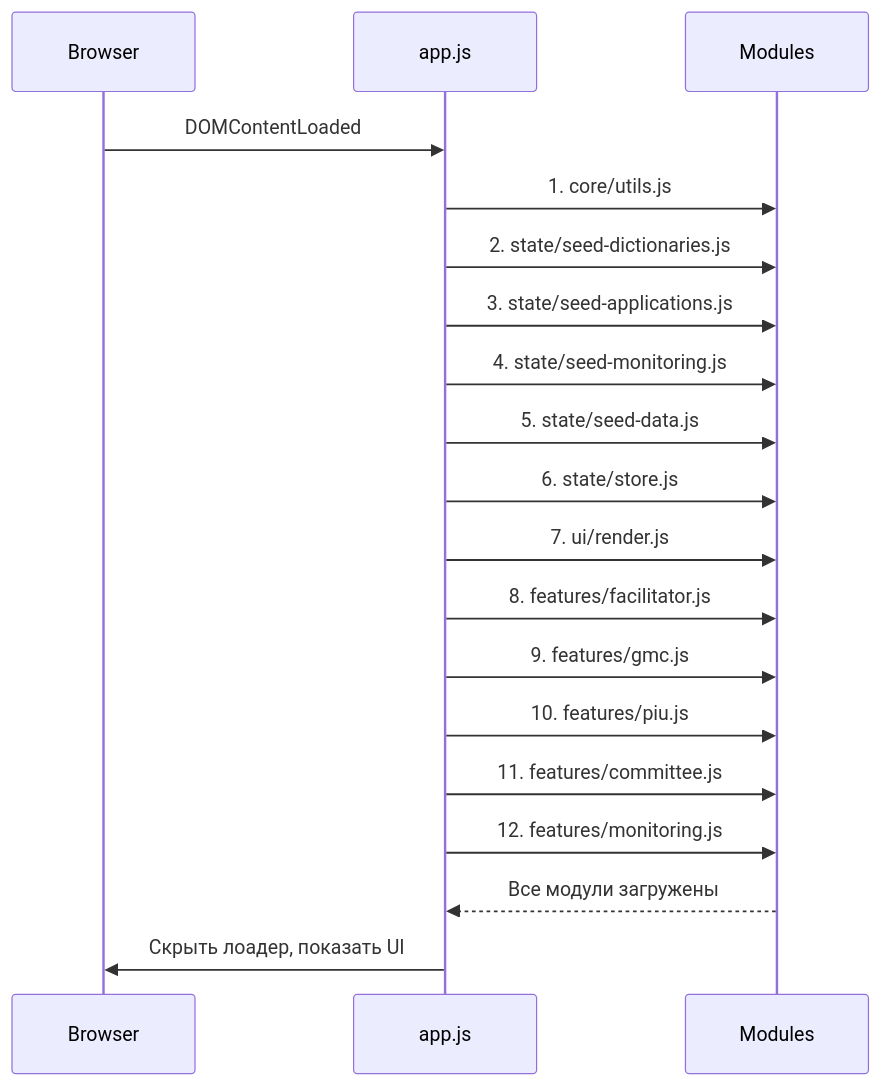
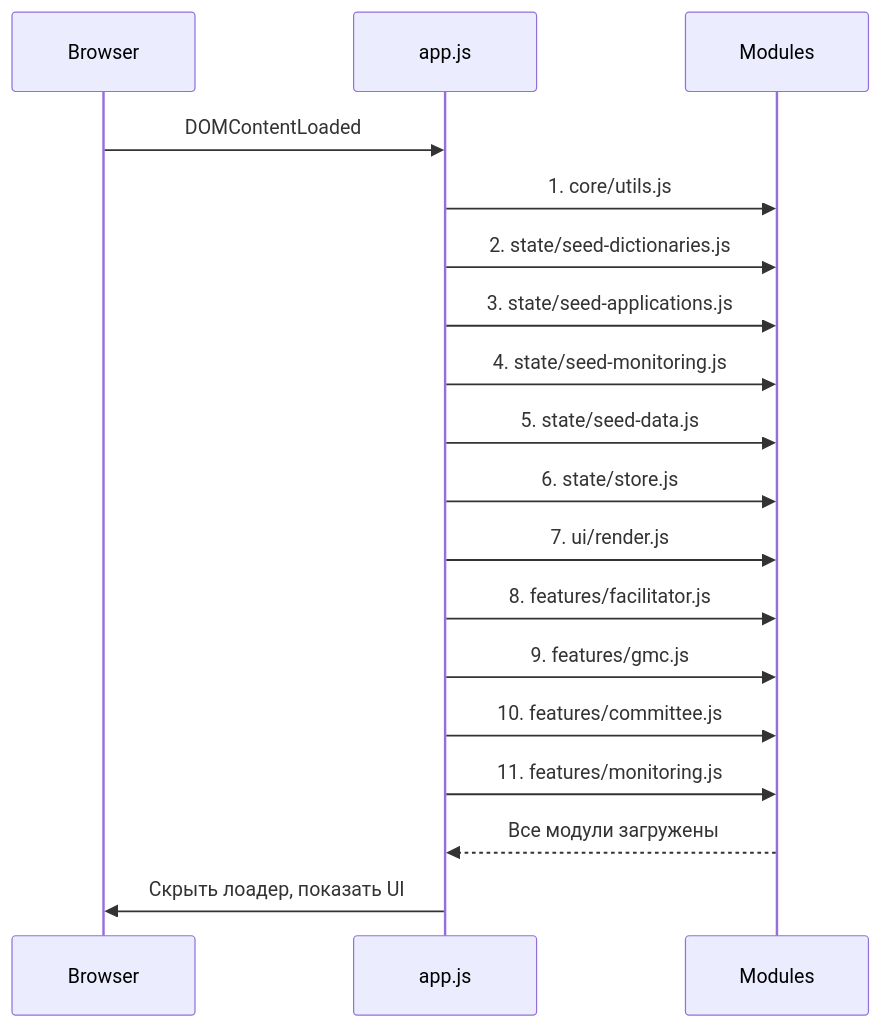
Before and after one commit to firka-kh/eip-test: the second of 9 diagrams in docs/ARCHITECTURE.md, drawn with Mermaid. The commit also changed other lines of this file and 51 other files, not shown here.

````diff
--- a/docs/ARCHITECTURE.md
+++ b/docs/ARCHITECTURE.md
@@ -106,22 +100,21 @@
 ```mermaid
 sequenceDiagram
     participant Browser
     participant app.js
     participant Modules
 
     Browser->>app.js: DOMContentLoaded
     app.js->>Modules: 1. core/utils.js
     app.js->>Modules: 2. state/seed-dictionaries.js
     app.js->>Modules: 3. state/seed-applications.js
     app.js->>Modules: 4. state/seed-monitoring.js
     app.js->>Modules: 5. state/seed-data.js
     app.js->>Modules: 6. state/store.js
     app.js->>Modules: 7. ui/render.js
     app.js->>Modules: 8. features/facilitator.js
     app.js->>Modules: 9. features/gmc.js
-    app.js->>Modules: 10. features/piu.js
-    app.js->>Modules: 11. features/committee.js
-    app.js->>Modules: 12. features/monitoring.js
+    app.js->>Modules: 10. features/committee.js
+    app.js->>Modules: 11. features/monitoring.js
     Modules-->>app.js: Все модули загружены
     app.js->>Browser: Скрыть лоадер, показать UI
 ```
````
